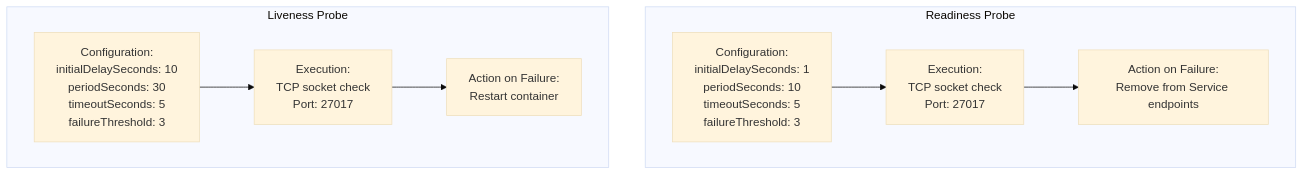
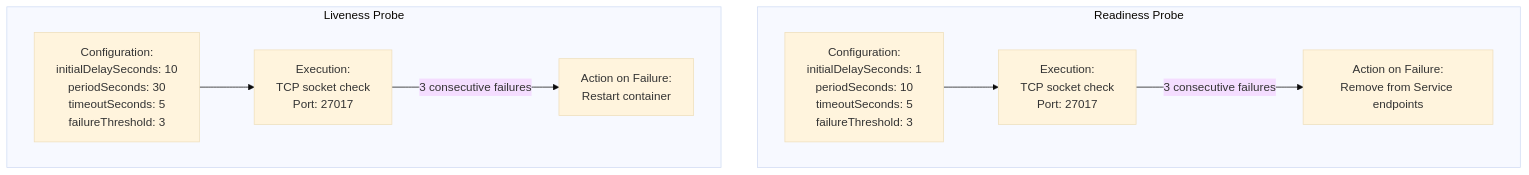
One commit to openchoreo/openchoreo changed the fourth of 8 diagrams in docs/hyperdxio-helm-charts-docs/MongoDB.md. Above: the diagram before and after it, drawn with Mermaid (base theme). The commit also changed other lines of this file and 85 other files, not shown here.

Commit message:
feat: Add new workflow and specification templates, update Helm chart dependencies, and clarify documentation diagrams.

````diff
--- a/docs/hyperdxio-helm-charts-docs/MongoDB.md
+++ b/docs/hyperdxio-helm-charts-docs/MongoDB.md
@@ -202,26 +202,26 @@
 ```mermaid
 flowchart TD
 
 ReadyConfig["Configuration:<br>initialDelaySeconds: 1<br>periodSeconds: 10<br>timeoutSeconds: 5<br>failureThreshold: 3"]
 ReadyExec["Execution:<br>TCP socket check<br>Port: 27017"]
 ReadyAction["Action on Failure:<br>Remove from Service endpoints"]
 LiveConfig["Configuration:<br>initialDelaySeconds: 10<br>periodSeconds: 30<br>timeoutSeconds: 5<br>failureThreshold: 3"]
 LiveExec["Execution:<br>TCP socket check<br>Port: 27017"]
 LiveAction["Action on Failure:<br>Restart container"]
 
 subgraph subGraph1 ["Readiness Probe"]
     ReadyConfig
     ReadyExec
     ReadyAction
     ReadyConfig --> ReadyExec
-    ReadyExec --> ReadyAction
+    ReadyExec -->|"3 consecutive failures"| ReadyAction
 end
 
 subgraph subGraph0 ["Liveness Probe"]
     LiveConfig
     LiveExec
     LiveAction
     LiveConfig --> LiveExec
-    LiveExec --> LiveAction
+    LiveExec -->|"3 consecutive failures"| LiveAction
 end
 ```
````
